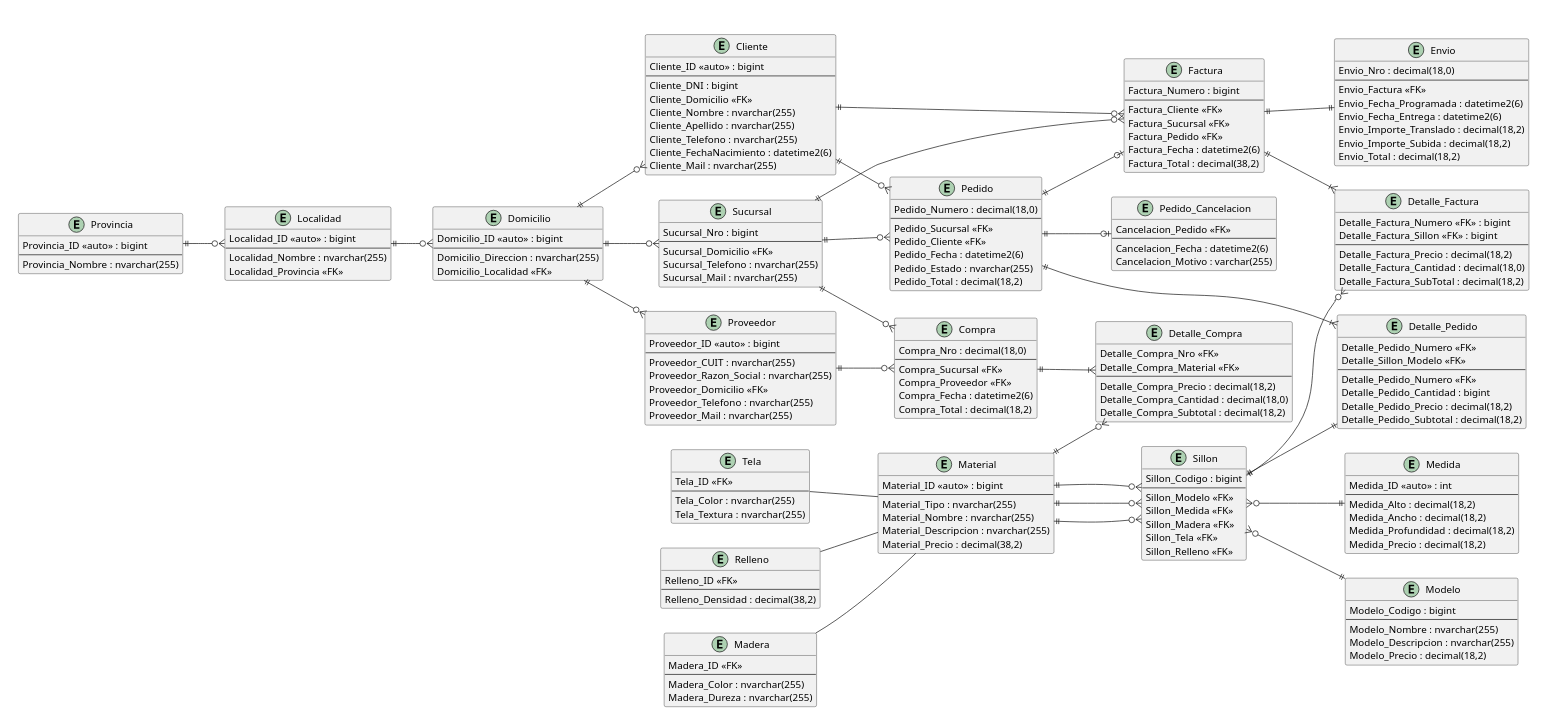
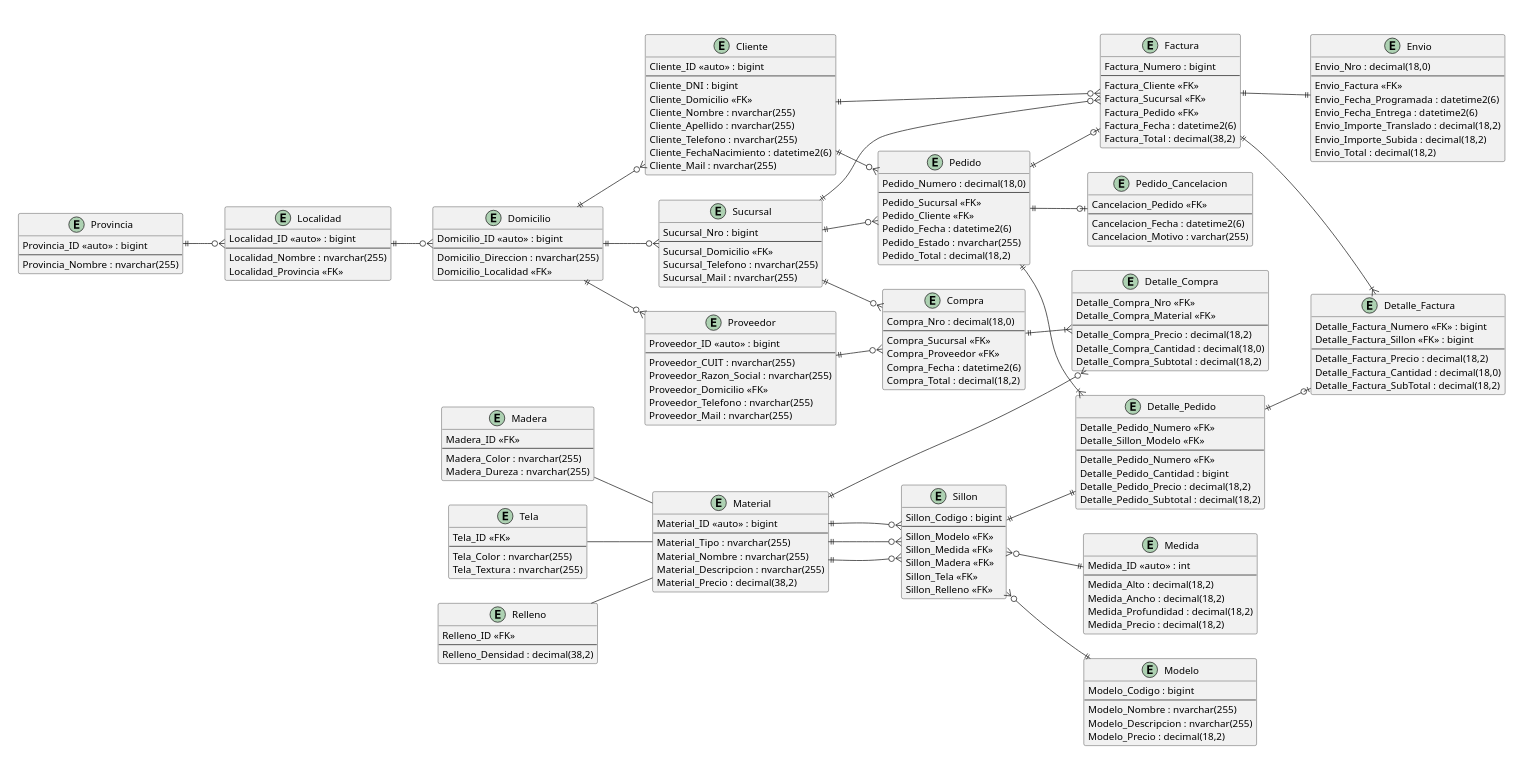
The diagram in DER.puml (JuanManuelRama/BasesDeDatos), drawn with PlantUML before and after one commit.

Commit message:
Detalle factura se relaciona con pedido, no sillon

```diff
--- a/DER.puml
+++ b/DER.puml
@@ -230,7 +230,7 @@
   Sucursal ||--o{ Factura
   Pedido   ||--o| Factura
   Factura  ||--|{ Detalle_Factura
-  Sillon   ||--o{ Detalle_Factura
+  Detalle_Pedido ||--o| Detalle_Factura
   Factura  ||--|| Envio
 }
 
```
